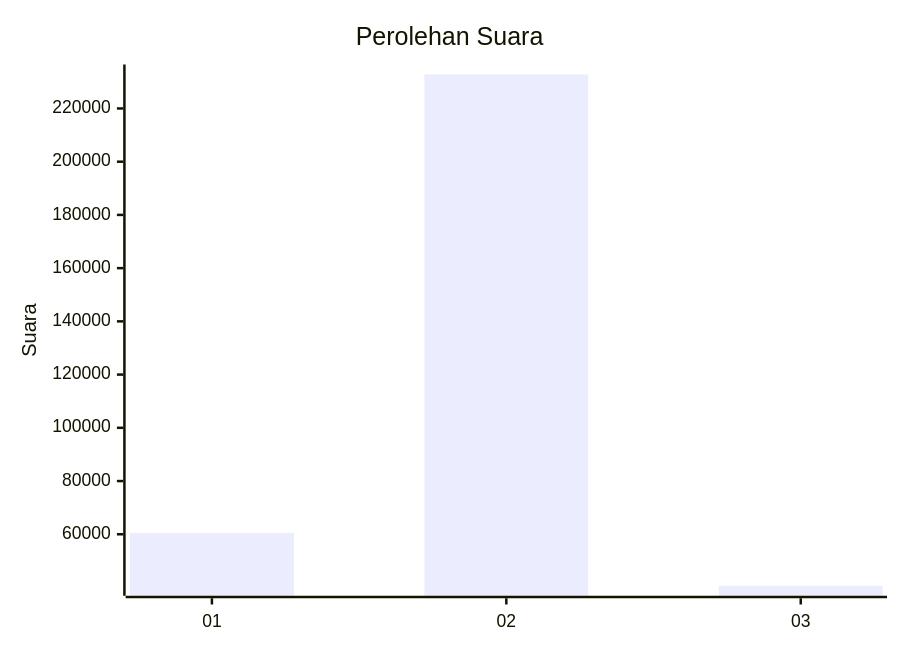
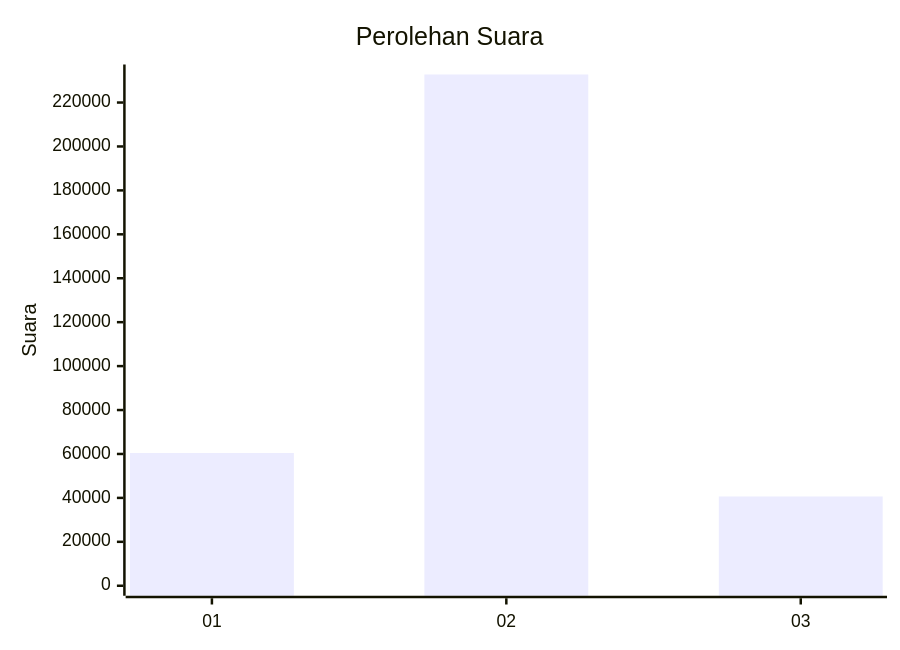
One commit to gigit-pemilu/pemilu-2024 changed the first of 2 diagrams in pilpres/hitung-suara/sub/table-wilayah-65.md. Above: the diagram before and after it, drawn with Mermaid. The commit also changed 42 other files, not shown here.

````diff
--- a/pilpres/hitung-suara/sub/table-wilayah-65.md
+++ b/pilpres/hitung-suara/sub/table-wilayah-65.md
@@ -7,7 +7,7 @@
 ```mermaid
 xychart-beta
     title "Perolehan Suara"
     x-axis [01, 02, 03]
-    y-axis "Suara"
+    y-axis "Suara" 0 --> 232763
     bar [60449, 232763, 40653]
 ```
````
